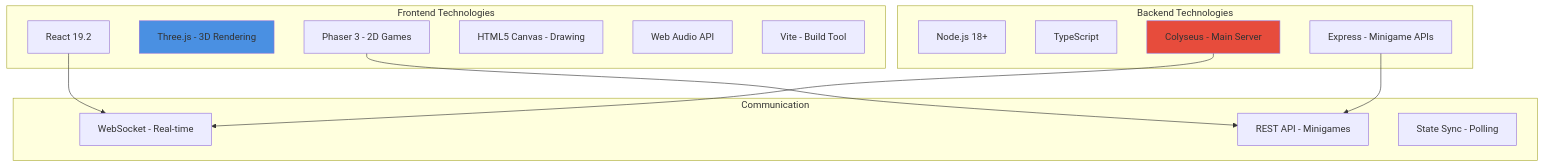
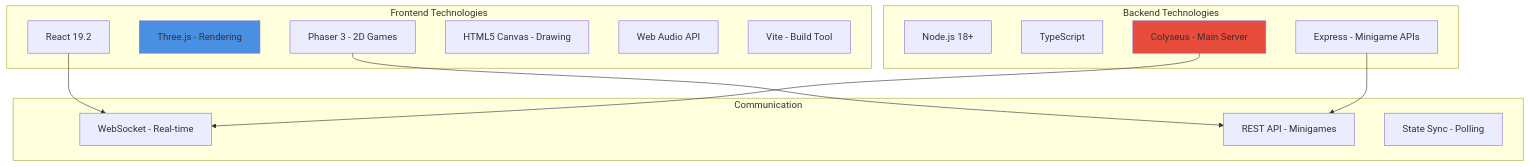
One commit to SalieeriW/CarroRebelde changed the fourth of 5 diagrams in README.md. Above: the diagram before and after it, drawn with Mermaid. The commit also changed other lines of this file and 1 other file, not shown here.

````diff
--- a/README.md
+++ b/README.md
@@ -222,32 +323,32 @@
 ```mermaid
 graph TB
     subgraph "Frontend Technologies"
         F1[React 19.2]
-        F2[Three.js - 3D Rendering]
+        F2[Three.js - Rendering]
         F3[Phaser 3 - 2D Games]
         F4[HTML5 Canvas - Drawing]
         F5[Web Audio API]
         F6[Vite - Build Tool]
     end
 
     subgraph "Backend Technologies"
         B1[Node.js 18+]
         B2[TypeScript]
         B3[Colyseus - Main Server]
         B4[Express - Minigame APIs]
     end
 
     subgraph "Communication"
         C1[WebSocket - Real-time]
         C2[REST API - Minigames]
         C3[State Sync - Polling]
     end
 
     F1 --> C1
     F3 --> C2
     B3 --> C1
     B4 --> C2
 
     style F2 fill:#4a90e2
     style B3 fill:#e74c3c
 ```
````
